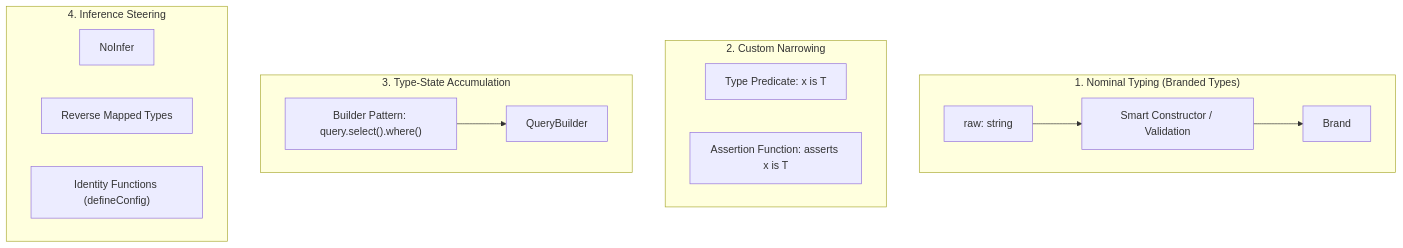
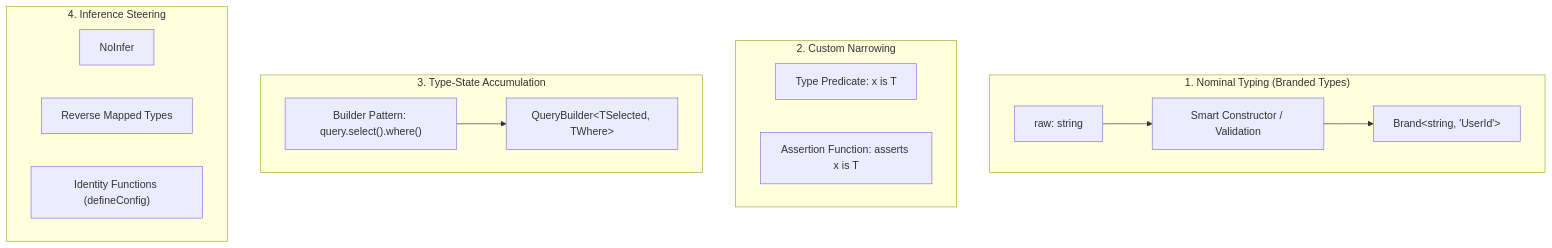
The diagram in languages/typescript/modules/10-type-safe-api-design-patterns.md (espoem/zero-to-one), drawn with Mermaid before and after one commit. The commit also changed 7 other files, not shown here.

````diff
--- a/languages/typescript/modules/10-type-safe-api-design-patterns.md
+++ b/languages/typescript/modules/10-type-safe-api-design-patterns.md
@@ -14,24 +14,24 @@
 ```mermaid
 flowchart TD
     subgraph NominalDomain["1. Nominal Typing (Branded Types)"]
         RawStr["raw: string"] --> SmartConst["Smart Constructor / Validation"]
-        SmartConst --> Brand["Brand<string, 'UserId'>"]
+        SmartConst --> Brand["Brand&lt;string, 'UserId'&gt;"]
     end
 
     subgraph ControlFlow["2. Custom Narrowing"]
         Pred["Type Predicate: x is T"]
         Assert["Assertion Function: asserts x is T"]
     end
 
     subgraph StateAccumulation["3. Type-State Accumulation"]
         Builder["Builder Pattern: query.select().where()"]
-        TypeState["QueryBuilder<TSelected, TWhere>"]
+        TypeState["QueryBuilder&lt;TSelected, TWhere&gt;"]
         Builder --> TypeState
     end
 
     subgraph InferenceControl["4. Inference Steering"]
         NoInfer["NoInfer<T>"]
         Reverse["Reverse Mapped Types"]
         Ident["Identity Functions (defineConfig)"]
     end
 ```
````
